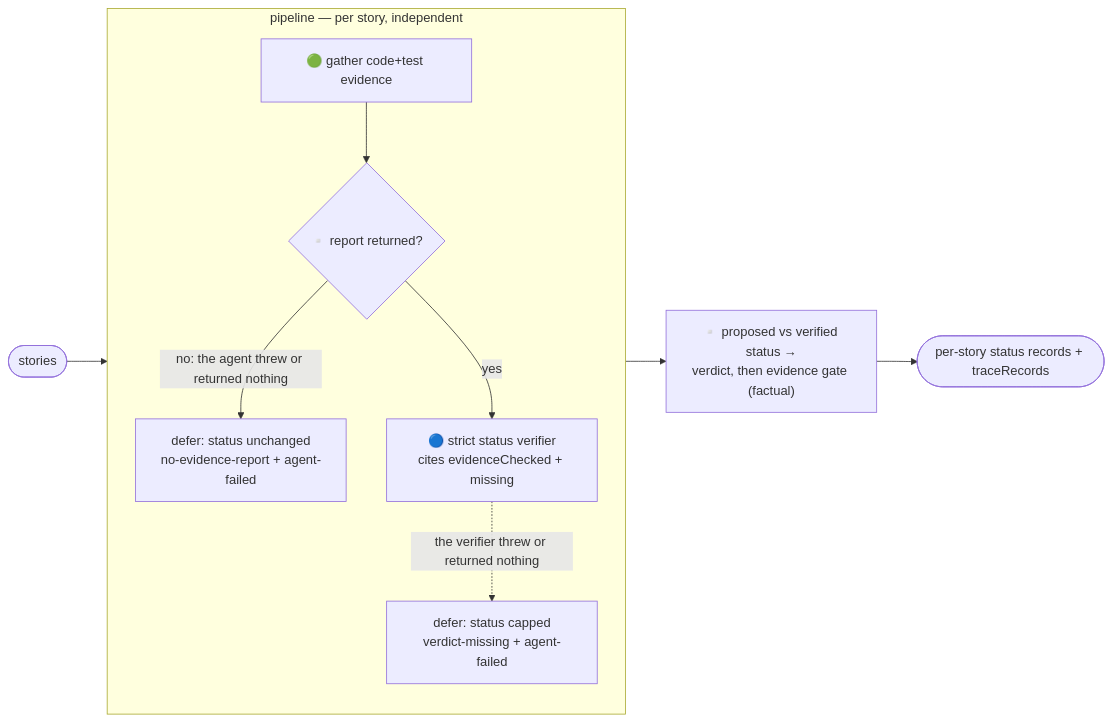
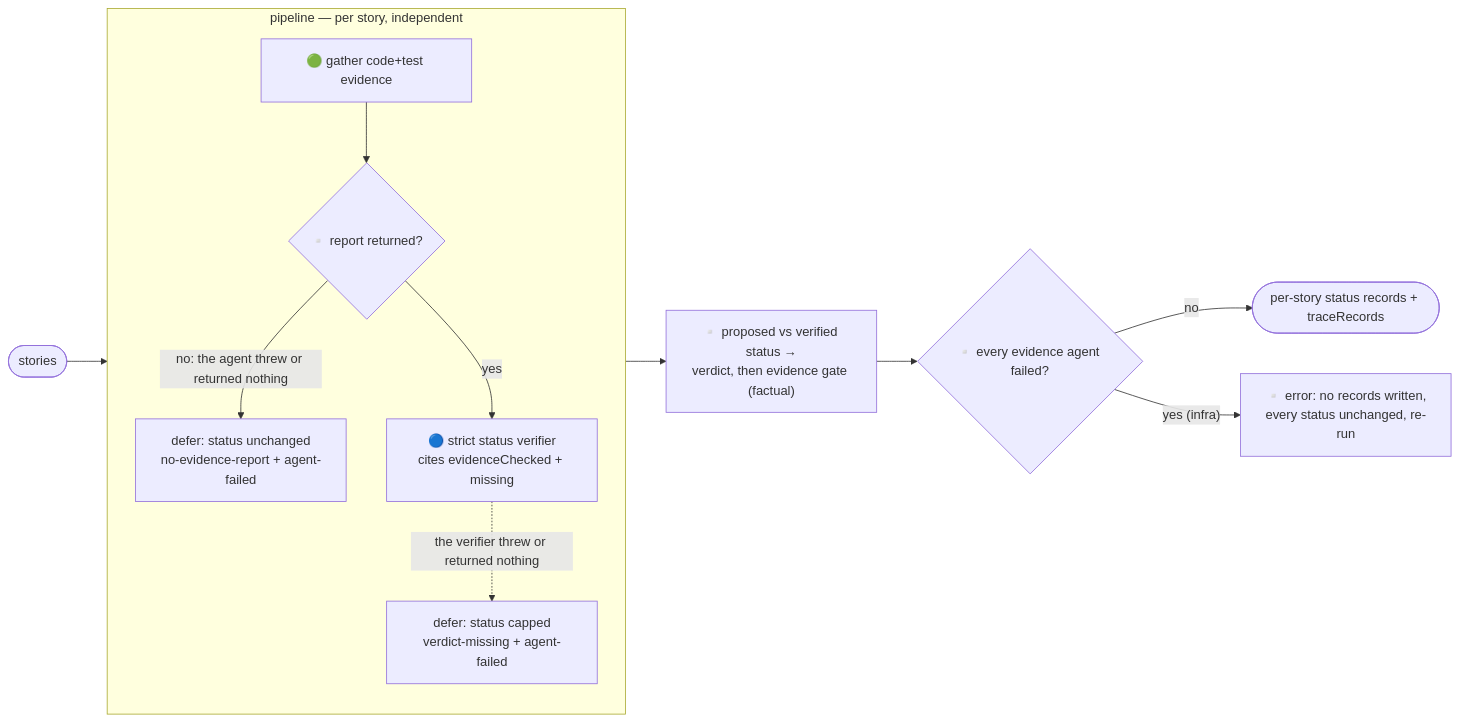
The third of 7 diagrams in docs/workflow-graphs.md (dominno/loop-setup), drawn with Mermaid before and after one commit. The commit also changed other lines of this file and 21 other files, not shown here.

````diff
--- a/docs/workflow-graphs.md
+++ b/docs/workflow-graphs.md
@@ -101,12 +112,14 @@
 ```mermaid
 flowchart LR
   stories([stories]) --> P
   subgraph P["pipeline — per story, independent"]
     e[🟢 gather code+test evidence] --> nr{▫️ report returned?}
     nr -- "no: the agent threw or returned nothing" --> d0[defer: status unchanged<br/>no-evidence-report + agent-failed]
     nr -- yes --> v[🔵 strict status verifier<br/>cites evidenceChecked + missing]
     v -.->|the verifier threw or returned nothing| d1[defer: status capped<br/>verdict-missing + agent-failed]
   end
   P --> map["▫️ proposed vs verified status →<br/>verdict, then evidence gate (factual)"]
-  map --> out([per-story status records + traceRecords])
+  map --> allf{"▫️ every evidence agent failed?"}
+  allf -- no --> out([per-story status records + traceRecords])
+  allf -- "yes (infra)" --> err[▫️ error: no records written,<br/>every status unchanged, re-run]
 ```
````
